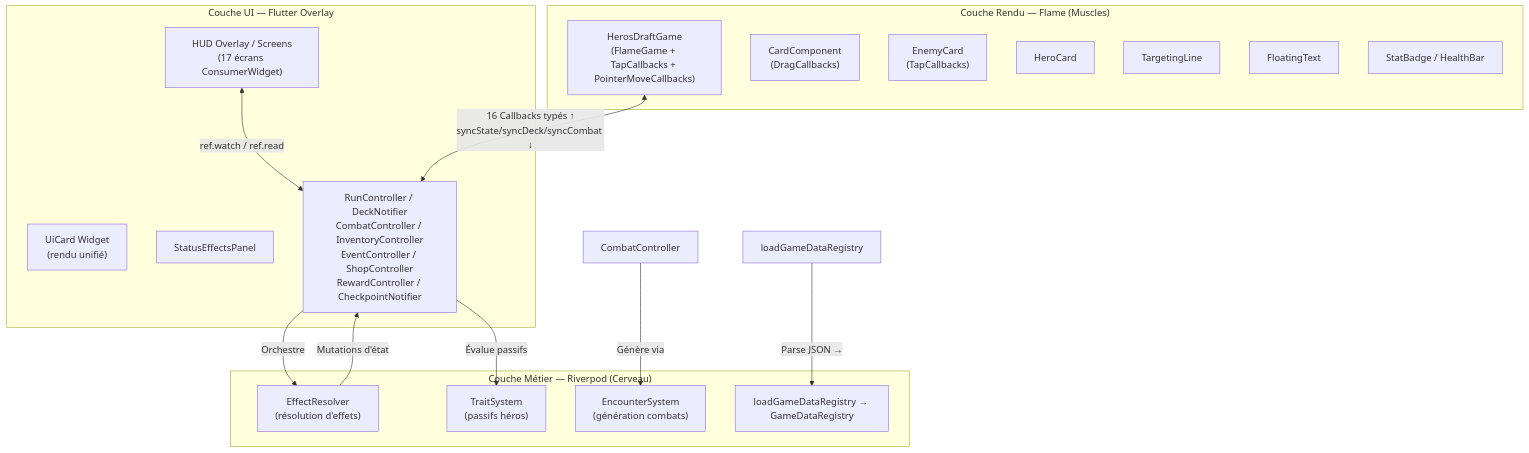
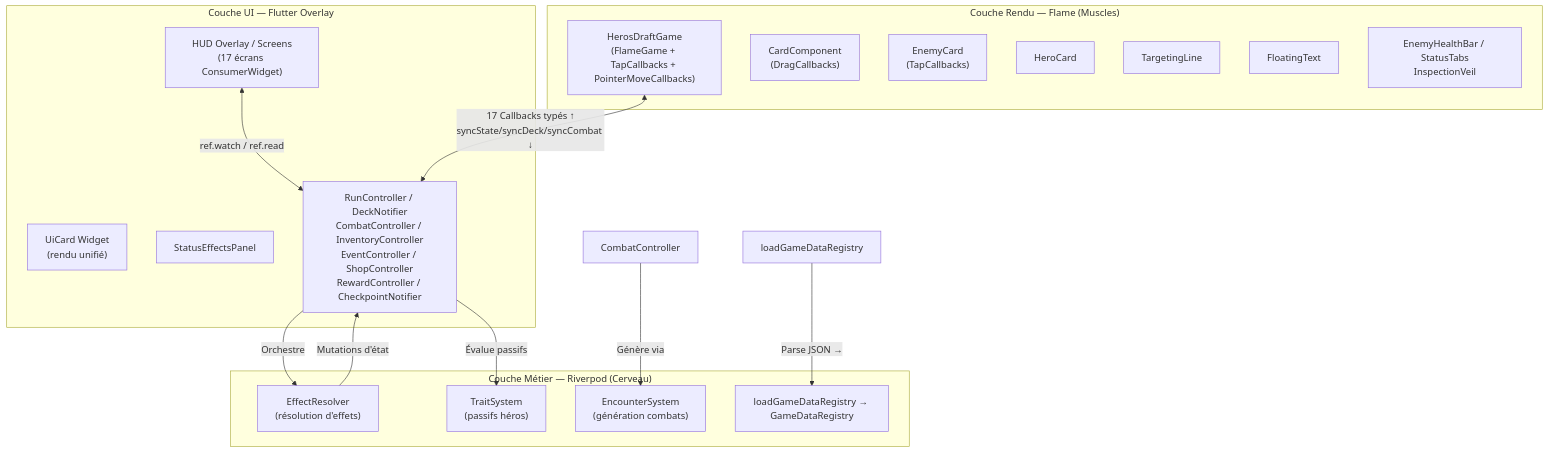
One commit to Hex-Umbra/hero-s-draft changed the diagram in .obsidian_vault/_patterns/01-00-architecture-globale-separation-triangulaire.md. Above: the diagram before and after it, drawn with Mermaid. The commit also changed 30 other files, not shown here.

````diff
--- a/.obsidian_vault/_patterns/01-00-architecture-globale-separation-triangulaire.md
+++ b/.obsidian_vault/_patterns/01-00-architecture-globale-separation-triangulaire.md
@@ -5,34 +5,34 @@
 ```mermaid
 graph TD
     subgraph "Couche UI — Flutter Overlay"
         UI["HUD Overlay / Screens<br/>(17 écrans ConsumerWidget)"]
         UiCard["UiCard Widget<br/>(rendu unifié)"]
         StatusPanel["StatusEffectsPanel"]
         UI <-->|"ref.watch / ref.read"| RVP
     end
 
     subgraph "Couche Métier — Riverpod (Cerveau)"
         RVP["RunController / DeckNotifier<br/>CombatController / InventoryController<br/>EventController / ShopController<br/>RewardController / CheckpointNotifier"]
         ER["EffectResolver<br/>(résolution d'effets)"]
         TS["TraitSystem<br/>(passifs héros)"]
         ES["EncounterSystem<br/>(génération combats)"]
         GD["loadGameDataRegistry → GameDataRegistry"]
     end
 
     subgraph "Couche Rendu — Flame (Muscles)"
         Game["HerosDraftGame<br/>(FlameGame + TapCallbacks + PointerMoveCallbacks)"]
         CardComp["CardComponent<br/>(DragCallbacks)"]
         EnemyComp["EnemyCard<br/>(TapCallbacks)"]
         HeroComp["HeroCard"]
         TargetLine["TargetingLine"]
         FloatText["FloatingText"]
-        StatBdg["StatBadge / HealthBar"]
+        StatBdg["EnemyHealthBar / StatusTabs<br/>InspectionVeil"]
     end
 
     RVP -->|"Orchestre"| ER
     RVP -->|"Évalue passifs"| TS
     CombatCtrl["CombatController"] -->|"Génère via"| ES
     loadGameDataRegistry -->|"Parse JSON →"| GD
     ER -->|"Mutations d'état"| RVP
-    Game <-->|"16 Callbacks typés ↑<br/>syncState/syncDeck/syncCombat ↓"| RVP
+    Game <-->|"17 Callbacks typés ↑<br/>syncState/syncDeck/syncCombat ↓"| RVP
 ```
````
